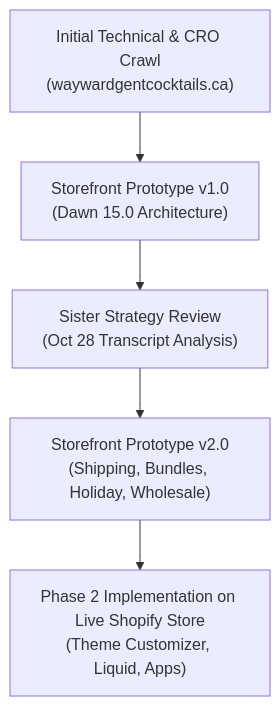
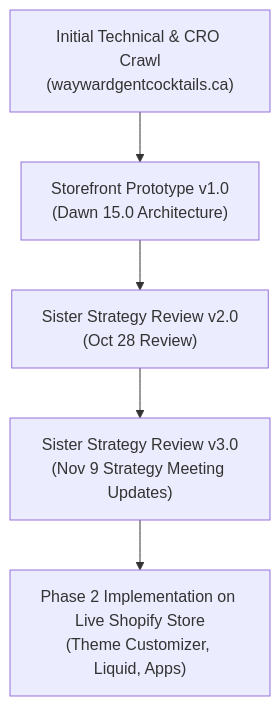
The diagram in PROJECT_STATUS.md (ScottRepository/wayward-gent-prototype), drawn with Mermaid before and after one commit. The commit also changed other lines of this file and 2 other files, not shown here.

Commit message:
feat: Prototype v3.0 - Implement Nov 9 strategy meeting updates (spruced hero & buttons, 10% popup, quick view modal, show calendar, simplified subscription, corrected mixers, 50 wholesale min)

````diff
--- a/PROJECT_STATUS.md
+++ b/PROJECT_STATUS.md
@@ -22,7 +22,7 @@
 ```mermaid
 flowchart TD
     A["Initial Technical & CRO Crawl\n(waywardgentcocktails.ca)"] --> B["Storefront Prototype v1.0\n(Dawn 15.0 Architecture)"]
-    B --> C["Sister Strategy Review\n(Oct 28 Transcript Analysis)"]
-    C --> D["Storefront Prototype v2.0\n(Shipping, Bundles, Holiday, Wholesale)"]
+    B --> C["Sister Strategy Review v2.0\n(Oct 28 Review)"]
+    C --> D["Sister Strategy Review v3.0\n(Nov 9 Strategy Meeting Updates)"]
     D --> E["Phase 2 Implementation on Live Shopify Store\n(Theme Customizer, Liquid, Apps)"]
 ```
````
